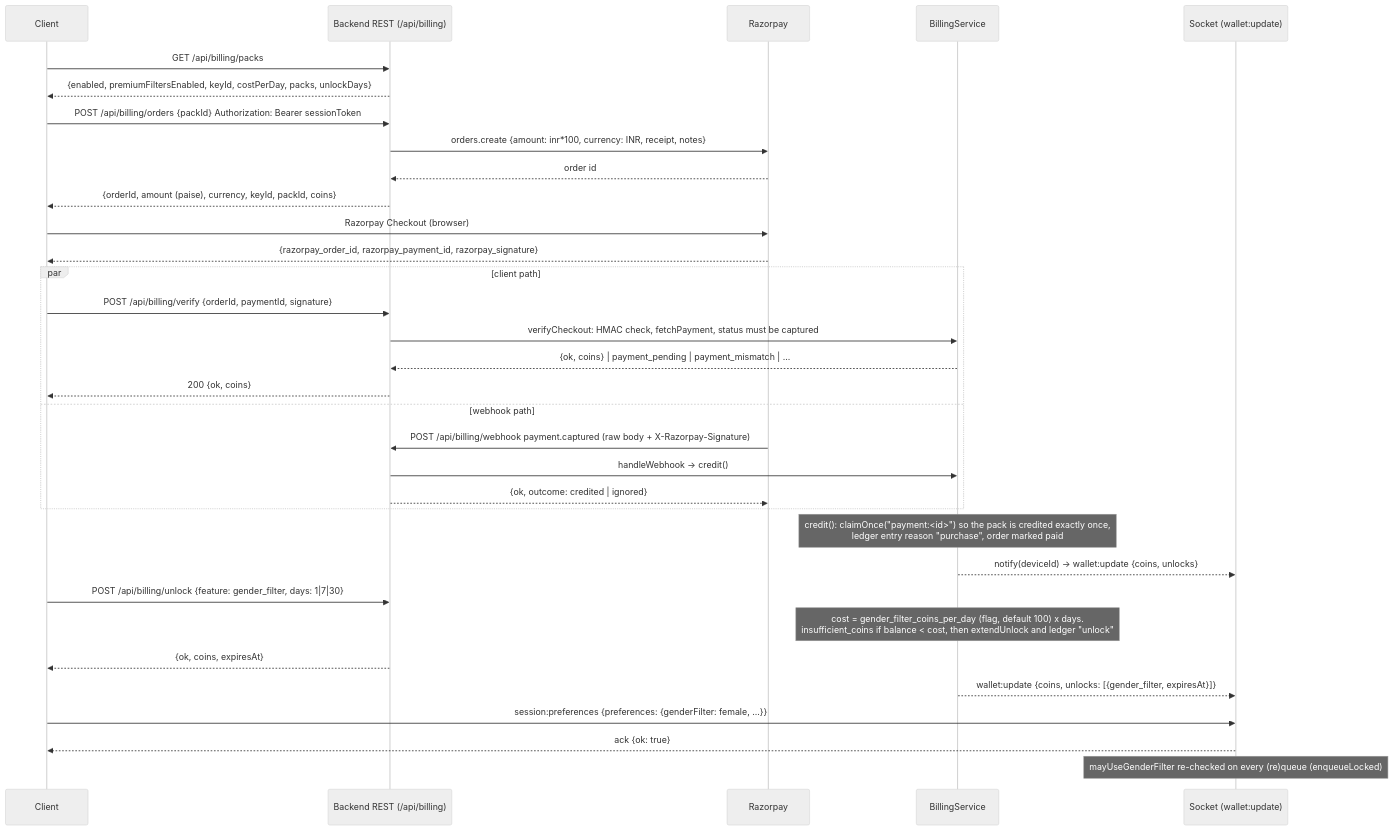
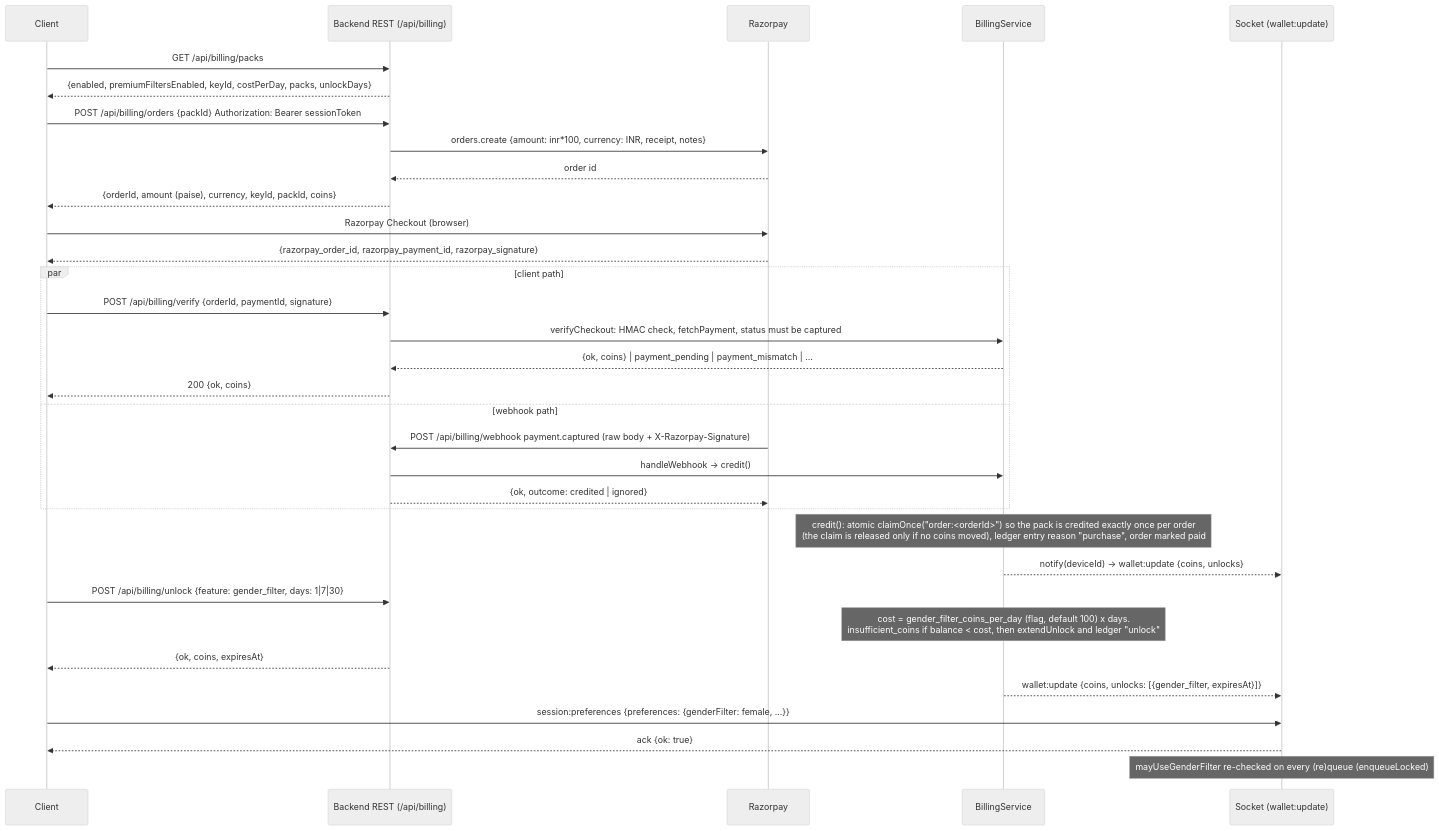
One commit to yashs33244/Omegle_with_stun changed the eighth of 10 diagrams in docs/PROTOCOL.md. Above: the diagram before and after it, drawn with Mermaid (neutral theme). The commit also changed other lines of this file and 14 other files, not shown here.

First line of the commit message:
Harden billing: credit once per order, expire unpaid orders, no free coins

````diff
--- a/docs/PROTOCOL.md
+++ b/docs/PROTOCOL.md
@@ -331,35 +331,35 @@
 ```mermaid
 sequenceDiagram
     participant C as Client
     participant API as Backend REST (/api/billing)
     participant RZ as Razorpay
     participant BS as BillingService
     participant WS as Socket (wallet:update)
     C->>API: GET /api/billing/packs
     API-->>C: {enabled, premiumFiltersEnabled, keyId, costPerDay, packs, unlockDays}
     C->>API: POST /api/billing/orders {packId}  Authorization: Bearer sessionToken
     API->>RZ: orders.create {amount: inr*100, currency: INR, receipt, notes}
     RZ-->>API: order id
     API-->>C: {orderId, amount (paise), currency, keyId, packId, coins}
     C->>RZ: Razorpay Checkout (browser)
     RZ-->>C: {razorpay_order_id, razorpay_payment_id, razorpay_signature}
     par client path
         C->>API: POST /api/billing/verify {orderId, paymentId, signature}
         API->>BS: verifyCheckout: HMAC check, fetchPayment, status must be captured
         BS-->>API: {ok, coins} | payment_pending | payment_mismatch | ...
         API-->>C: 200 {ok, coins}
     and webhook path
         RZ->>API: POST /api/billing/webhook payment.captured (raw body + X-Razorpay-Signature)
         API->>BS: handleWebhook → credit()
         API-->>RZ: {ok, outcome: credited | ignored}
     end
-    Note over BS: credit(): claimOnce("payment:<id>") so the pack is credited exactly once,<br/>ledger entry reason "purchase", order marked paid
+    Note over BS: credit(): atomic claimOnce("order:<orderId>") so the pack is credited exactly once per order<br/>(the claim is released only if no coins moved), ledger entry reason "purchase", order marked paid
     BS-->>WS: notify(deviceId) → wallet:update {coins, unlocks}
     C->>API: POST /api/billing/unlock {feature: gender_filter, days: 1|7|30}
     Note over BS: cost = gender_filter_coins_per_day (flag, default 100) x days.<br/>insufficient_coins if balance < cost, then extendUnlock and ledger "unlock"
     API-->>C: {ok, coins, expiresAt}
     BS-->>WS: wallet:update {coins, unlocks: [{gender_filter, expiresAt}]}
     C->>WS: session:preferences {preferences: {genderFilter: female, ...}}
     WS-->>C: ack {ok: true}
     Note over WS: mayUseGenderFilter re-checked on every (re)queue (enqueueLocked)
 ```
````
